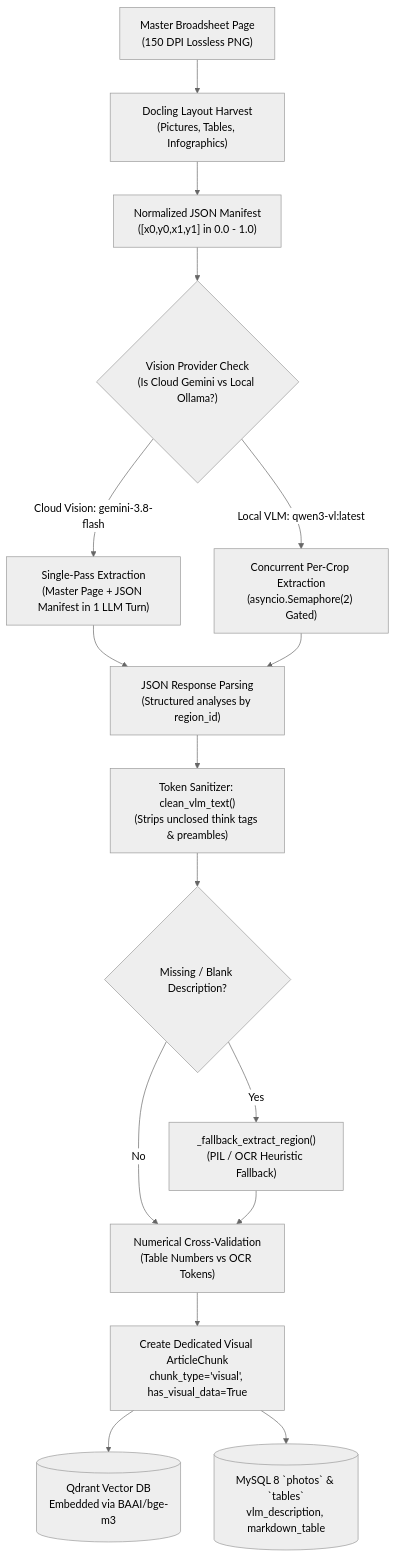
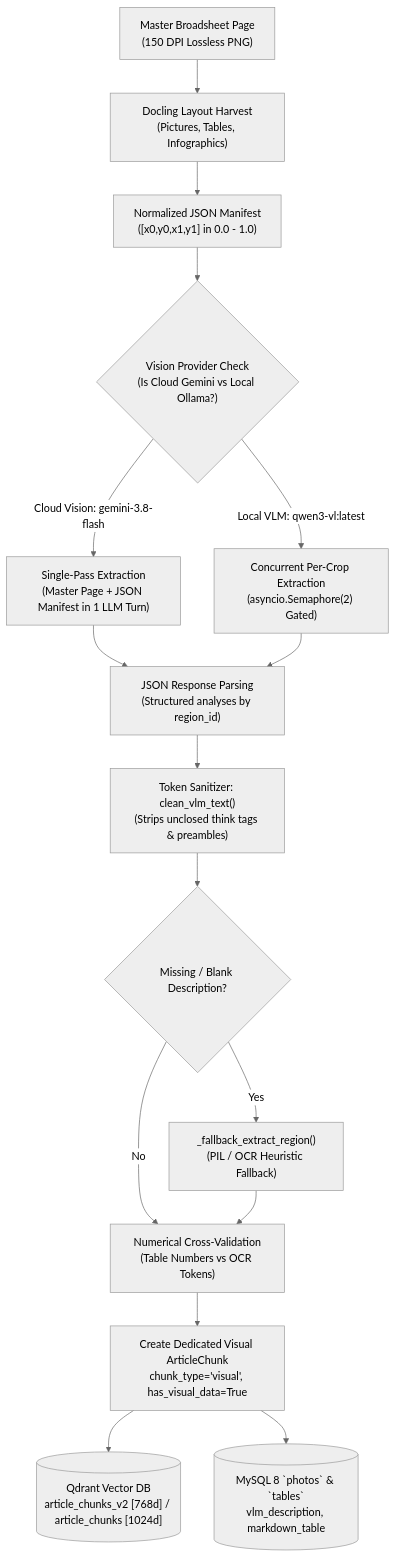
Before and after one commit to piyushgoel2808/NewsLens-AI: the second of 9 diagrams in docs/data_flow_architecture.md, drawn with Mermaid (neutral theme). The commit also changed other lines of this file and 22 other files, not shown here.

Commit message:
feat: implement dual-mode vector embeddings, strict dual Qdrant collections, cloud Docling, and update documentation

````diff
--- a/docs/data_flow_architecture.md
+++ b/docs/data_flow_architecture.md
@@ -193,24 +197,24 @@
 ```mermaid
 flowchart TD
     MasterPage["Master Broadsheet Page<br/>(150 DPI Lossless PNG)"] --> Harvest["Docling Layout Harvest<br/>(Pictures, Tables, Infographics)"]
     Harvest --> Manifest["Normalized JSON Manifest<br/>([x0,y0,x1,y1] in 0.0 - 1.0)"]
 
     Manifest --> EngineRouter{"Vision Provider Check<br/>(Is Cloud Gemini vs Local Ollama?)"}
 
     EngineRouter -->|Cloud Vision: gemini-3.8-flash| SinglePass["Single-Pass Extraction<br/>(Master Page + JSON Manifest in 1 LLM Turn)"]
     EngineRouter -->|Local VLM: qwen3-vl:latest| ConcurrentCrops["Concurrent Per-Crop Extraction<br/>(asyncio.Semaphore(2) Gated)"]
 
     SinglePass --> ParseResponse["JSON Response Parsing<br/>(Structured analyses by region_id)"]
     ConcurrentCrops --> ParseResponse
 
     ParseResponse --> CleanText["Token Sanitizer: clean_vlm_text()<br/>(Strips unclosed think tags & preambles)"]
     CleanText --> FallbackCheck{"Missing / Blank Description?"}
     
     FallbackCheck -->|Yes| DeterministicFallback["_fallback_extract_region()<br/>(PIL / OCR Heuristic Fallback)"]
     FallbackCheck -->|No| CrossValidate["Numerical Cross-Validation<br/>(Table Numbers vs OCR Tokens)"]
     DeterministicFallback --> CrossValidate
 
     CrossValidate --> VisualChunk["Create Dedicated Visual ArticleChunk<br/>chunk_type='visual', has_visual_data=True"]
-    VisualChunk --> QdrantIndex[("Qdrant Vector DB<br/>Embedded via BAAI/bge-m3")]
+    VisualChunk --> QdrantIndex[("Qdrant Vector DB<br/>article_chunks_v2 [768d] / article_chunks [1024d]")]
     VisualChunk --> MySQLIndex[("MySQL 8 `photos` & `tables`<br/>vlm_description, markdown_table")]
 ```
````
